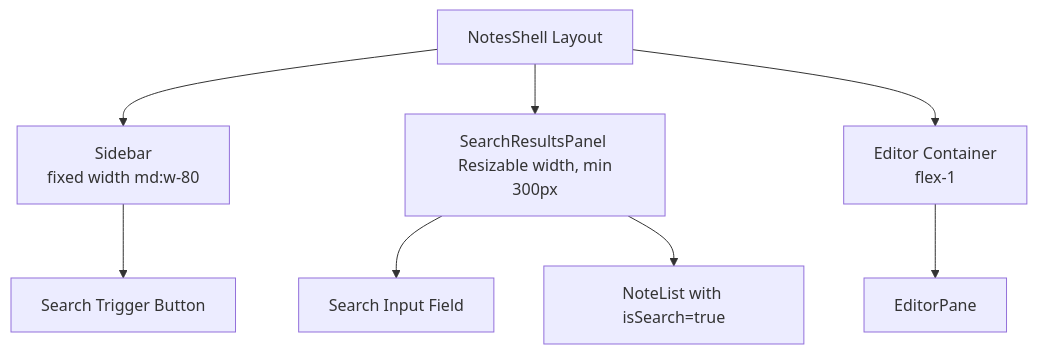
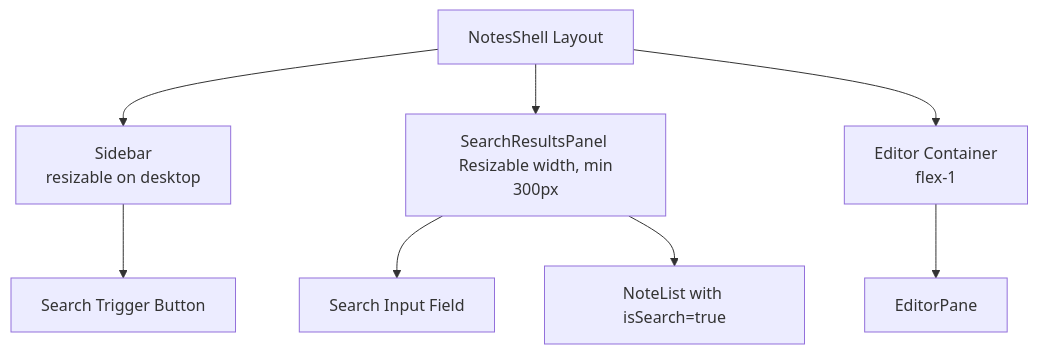
Before and after one commit to koreyba/EverFreeNote: the diagram in docs/ai/design/feature-search-results-panel.md, drawn with Mermaid. The commit also changed other lines of this file and 277 other files, not shown here.

````diff
--- a/docs/ai/design/feature-search-results-panel.md
+++ b/docs/ai/design/feature-search-results-panel.md
@@ -14,12 +14,12 @@
 ```mermaid
 graph TD
     NotesShell[NotesShell Layout]
-    NotesShell --> Sidebar[Sidebar <br> fixed width md:w-80]
+    NotesShell --> Sidebar[Sidebar <br> resizable on desktop]
     NotesShell --> SearchResultsPanel[SearchResultsPanel <br> Resizable width, min 300px]
     NotesShell --> EditorContainer[Editor Container <br> flex-1]
     
     Sidebar --> SearchButton[Search Trigger Button]
     SearchResultsPanel --> SearchInput[Search Input Field]
     SearchResultsPanel --> ResultsList[NoteList with isSearch=true]
     EditorContainer --> EditorPane[EditorPane]
 ```
````
